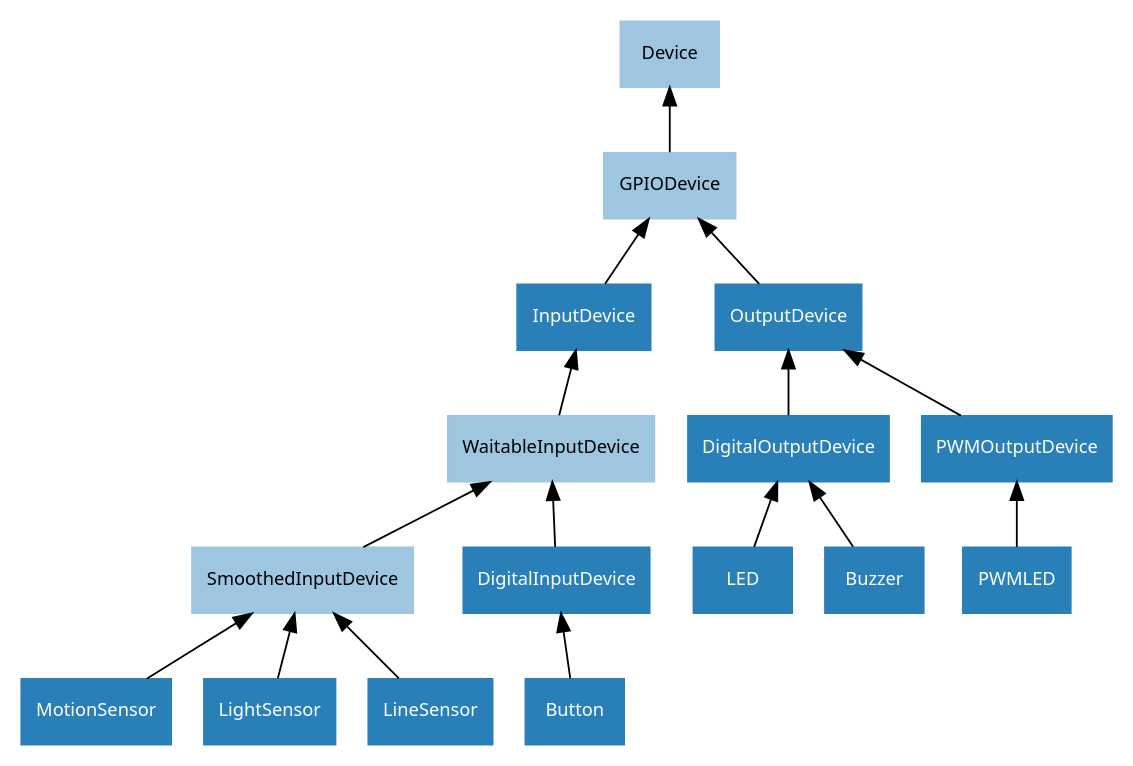
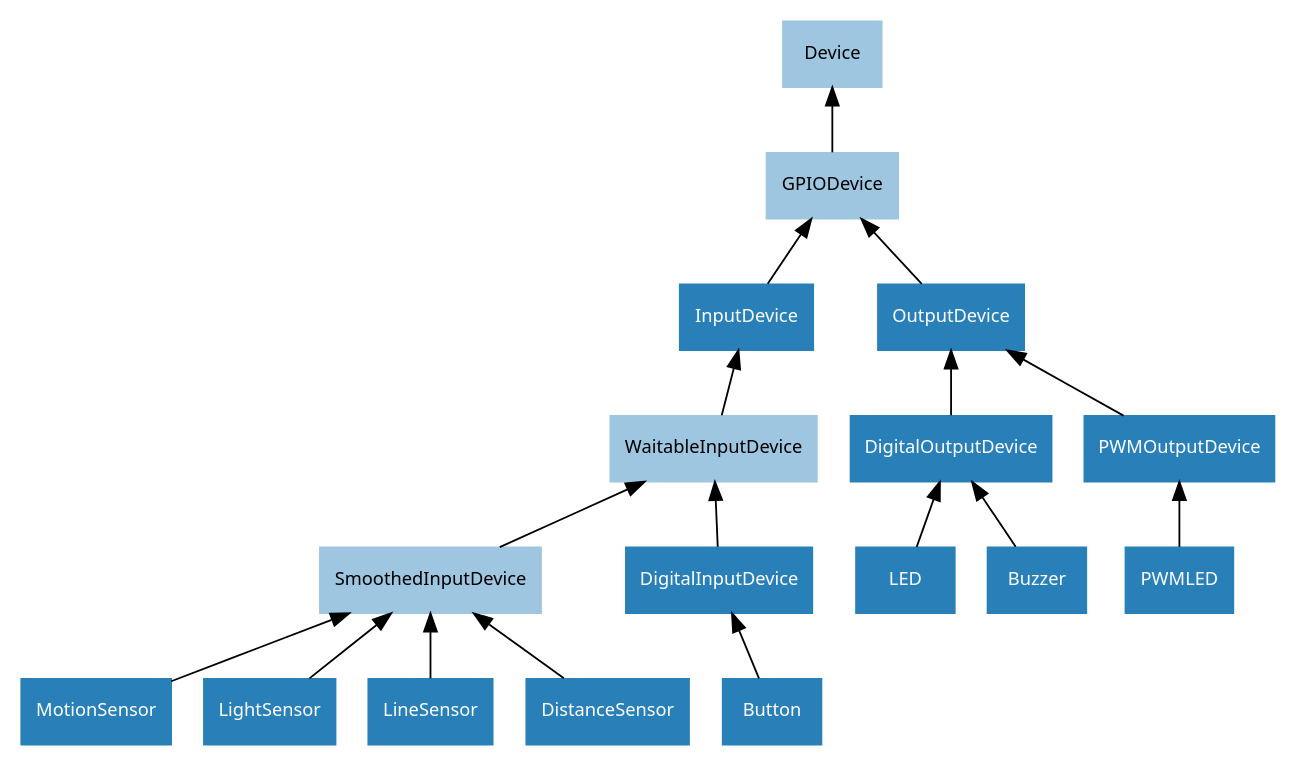
One commit to gpiozero/gpiozero changed the diagram in docs/images/gpio_device_hierarchy.dot. Above: the diagram before and after it, drawn with Graphviz. The commit also changed 4 other files, not shown here.

Commit message:
Add DistanceSensor to the hierarchy diagram

```diff
--- a/docs/images/gpio_device_hierarchy.dot
+++ b/docs/images/gpio_device_hierarchy.dot
@@ -1,34 +1,35 @@
 /* vim: set et sw=4 sts=4: */
 
 digraph classes {
     graph [rankdir=BT];
     node [shape=rect, style=filled, fontname=Sans, fontsize=10];
     edge [];
 
     /* Abstract classes */
     node [color="#9ec6e0", fontcolor="#000000"]
     Device;
     GPIODevice;
     WaitableInputDevice;
     SmoothedInputDevice;
 
     /* Concrete classes */
     node [color="#2980b9", fontcolor="#ffffff"];
 
     GPIODevice->Device;
     InputDevice->GPIODevice;
     WaitableInputDevice->InputDevice;
     DigitalInputDevice->WaitableInputDevice;
     SmoothedInputDevice->WaitableInputDevice;
     Button->DigitalInputDevice;
     MotionSensor->SmoothedInputDevice;
     LightSensor->SmoothedInputDevice;
     LineSensor->SmoothedInputDevice;
+    DistanceSensor->SmoothedInputDevice;
 
     OutputDevice->GPIODevice;
     DigitalOutputDevice->OutputDevice;
     LED->DigitalOutputDevice;
     Buzzer->DigitalOutputDevice;
     PWMOutputDevice->OutputDevice;
     PWMLED->PWMOutputDevice;
 }
```
